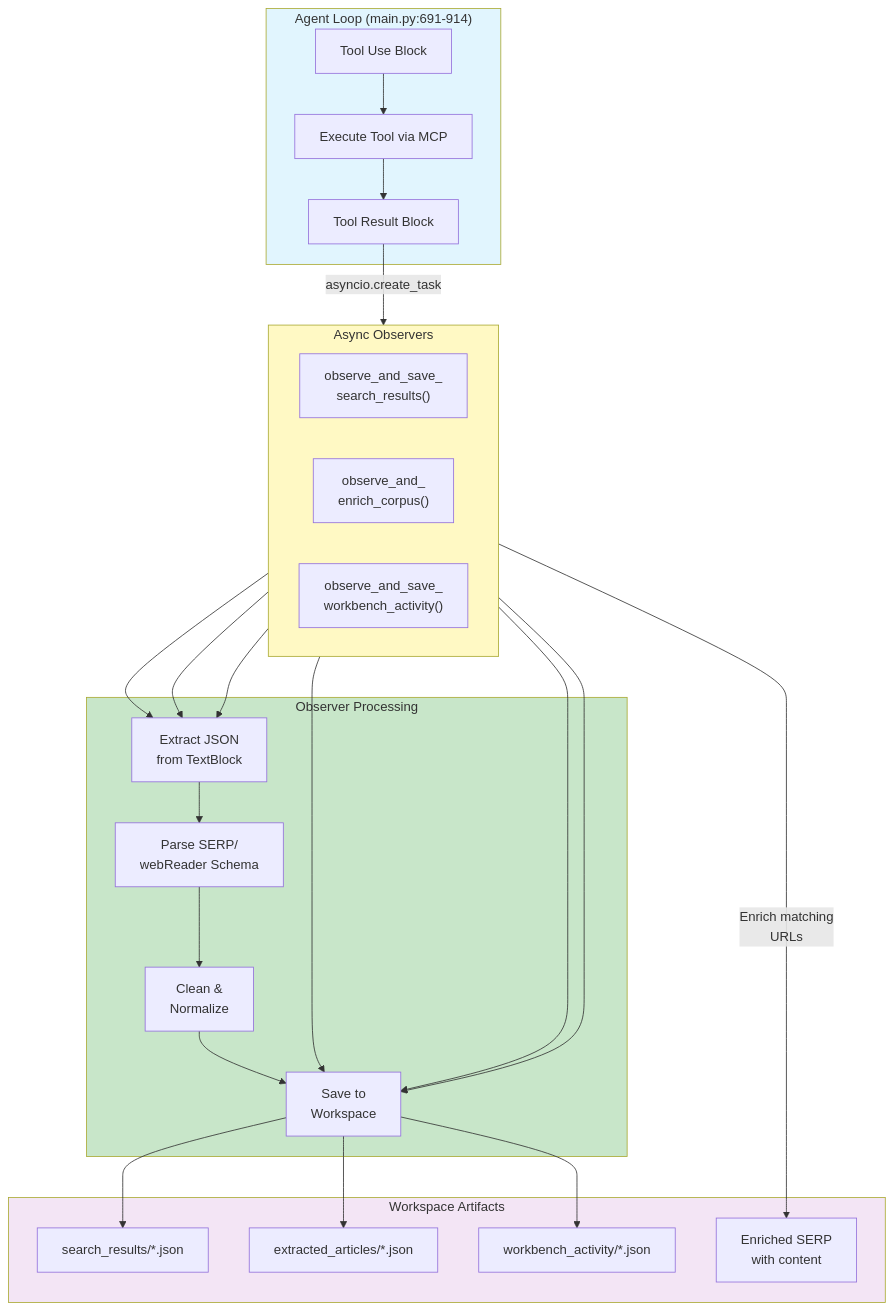
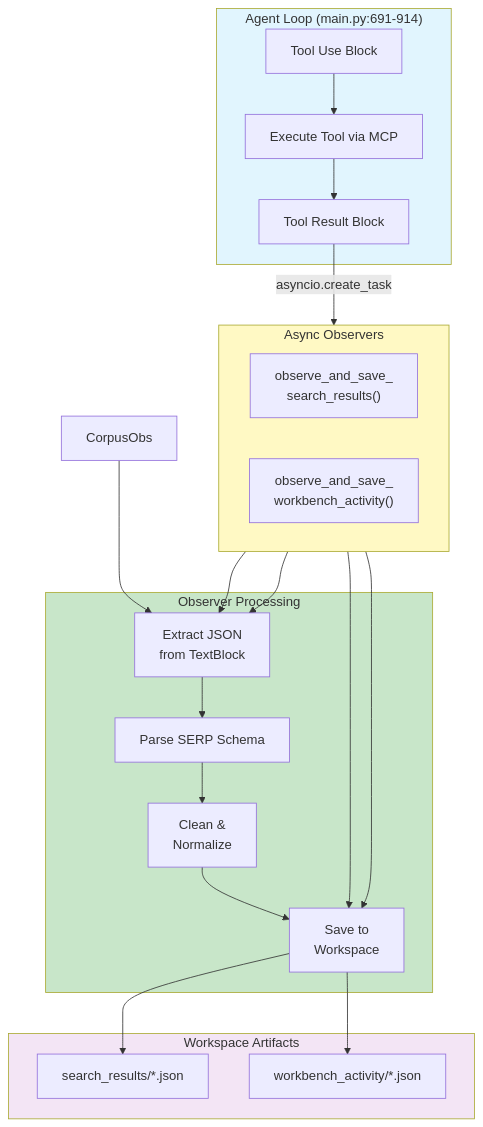
The eighth of 15 diagrams in Project_Documentation/Architecture/01_overall_system_architecture.md (Kjdragan/universal_agent), drawn with Mermaid before and after one commit. The commit also changed other lines of this file and 15 other files, not shown here.

Commit message:
feat: implement SubagentStop hook, toolkit banning, and sub-agent tool inheritance while removing Z.AI webReader.

````diff
--- a/Project_Documentation/Architecture/01_overall_system_architecture.md
+++ b/Project_Documentation/Architecture/01_overall_system_architecture.md
@@ -552,56 +533,49 @@
 ```mermaid
 flowchart TB
     subgraph AgentLoop["Agent Loop (main.py:691-914)"]
         ToolCall["Tool Use Block"]
         ToolExecute["Execute Tool via MCP"]
         ToolResult["Tool Result Block"]
     end
 
     subgraph Observers["Async Observers"]
         direction LR
         SearchObs["observe_and_save_<br/>search_results()"]
-        CorpusObs["observe_and_<br/>enrich_corpus()"]
         WorkbenchObs["observe_and_save_<br/>workbench_activity()"]
     end
 
     subgraph Processing["Observer Processing"]
         ExtractJSON["Extract JSON<br/>from TextBlock"]
-        ParseData["Parse SERP/<br/>webReader Schema"]
+        ParseData["Parse SERP Schema"]
         CleanData["Clean &<br/>Normalize"]
         SaveFile["Save to<br/>Workspace"]
     end
 
     subgraph Workspace["Workspace Artifacts"]
         SERP["search_results/*.json"]
-        Articles["extracted_articles/*.json"]
         Activity["workbench_activity/*.json"]
-        Enriched["Enriched SERP<br/>with content"]
     end
 
     ToolCall --> ToolExecute
     ToolExecute --> ToolResult
 
     ToolResult -->|"asyncio.create_task"| Observers
 
     SearchObs --> ExtractJSON
     CorpusObs --> ExtractJSON
     WorkbenchObs --> ExtractJSON
 
     ExtractJSON --> ParseData
     ParseData --> CleanData
     CleanData --> SaveFile
 
     SearchObs --> SaveFile
     SaveFile --> SERP
-    CorpusObs --> SaveFile
-    SaveFile --> Articles
     WorkbenchObs --> SaveFile
     SaveFile --> Activity
-
-    CorpusObs -->|"Enrich matching<br/>URLs"| Enriched
 
     style AgentLoop fill:#e1f5fe
     style Observers fill:#fff9c4
     style Processing fill:#c8e6c9
     style Workspace fill:#f3e5f5
 ```
````
